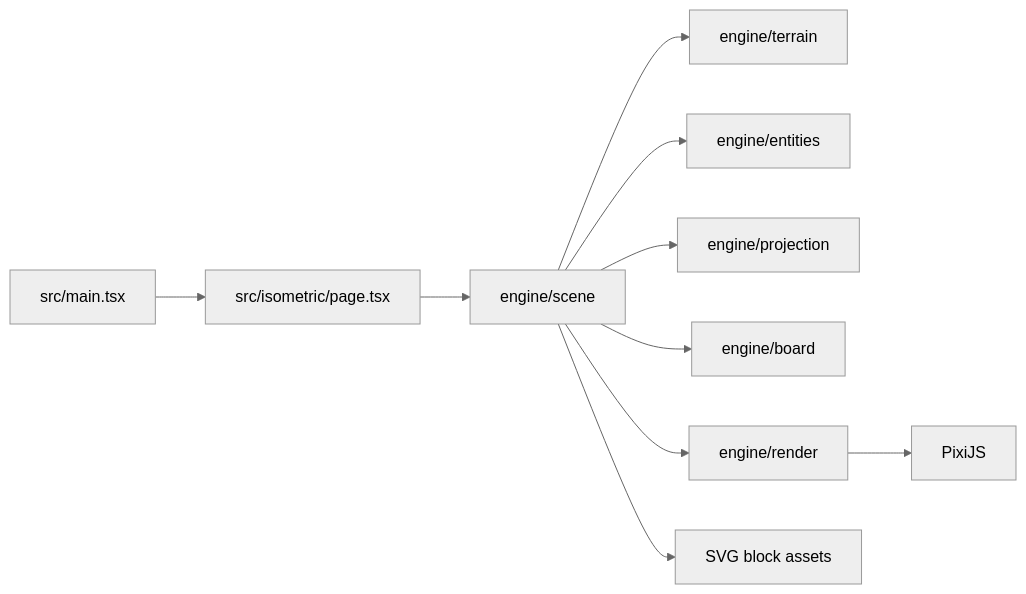
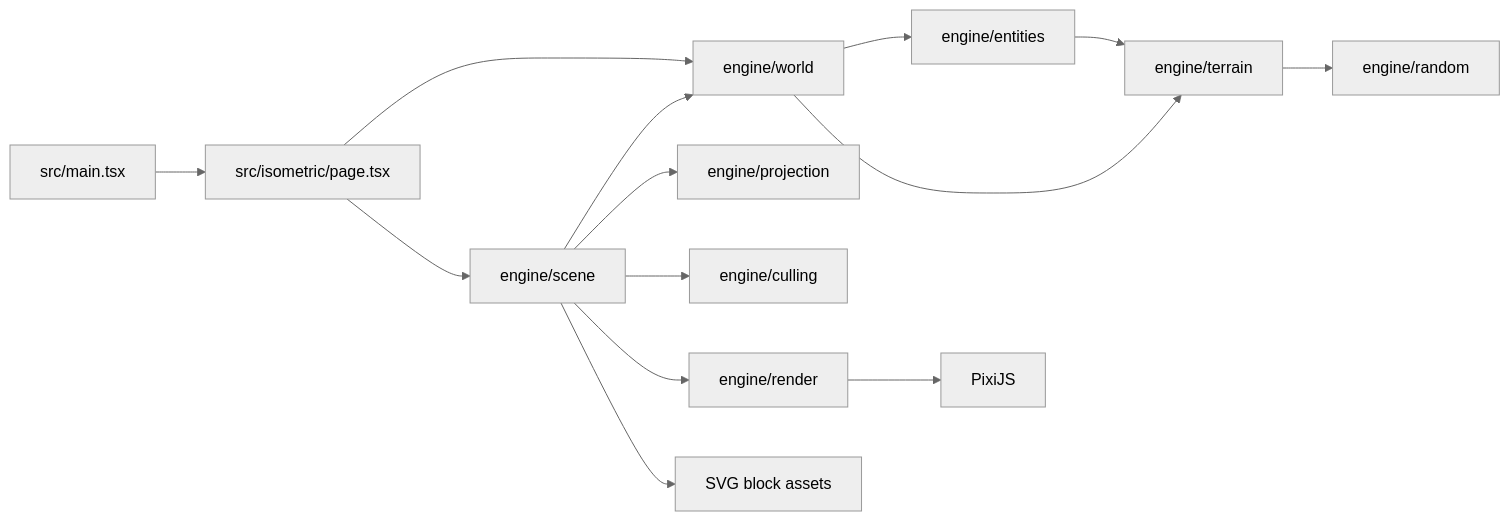
One commit to alexsantos-eth/armada-engine changed the diagram in ARCHITECTURE.md. Above: the diagram before and after it, drawn with Mermaid (neutral theme). The commit also changed other lines of this file and 24 other files, not shown here.

````diff
--- a/ARCHITECTURE.md
+++ b/ARCHITECTURE.md
@@ -9,12 +9,16 @@
 ```mermaid
 flowchart LR
   Main[src/main.tsx] --> Page[src/isometric/page.tsx]
+  Page --> World[engine/world]
   Page --> Scene[engine/scene]
-  Scene --> Terrain[engine/terrain]
-  Scene --> Entities[engine/entities]
+  World --> Entities[engine/entities]
+  World --> Terrain[engine/terrain]
+  Entities --> Terrain
+  Terrain --> Random[engine/random]
+  Scene --> World
   Scene --> Projection[engine/projection]
-  Scene --> Board[engine/board]
+  Scene --> Culling[engine/culling]
   Scene --> Render[engine/render]
   Render --> Pixi[PixiJS]
   Scene --> Assets[SVG block assets]
 ```
````
